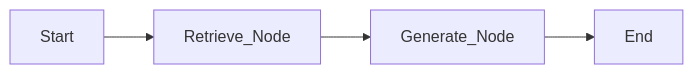
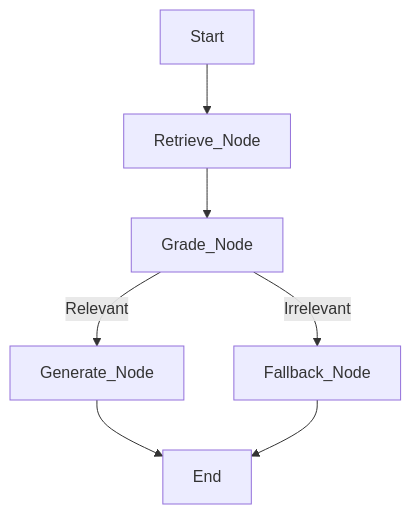
Before and after one commit to 3ismartyash/RAG-Playground: the diagram in langGraph/Readme.Md, drawn with Mermaid. The commit also changed other lines of this file and 2 other files, not shown here.

````diff
--- a/langGraph/Readme.Md
+++ b/langGraph/Readme.Md
@@ -42,6 +43,9 @@
 ```mermaid
-graph LR
+graph TD
     Start --> Retrieve_Node
-    Retrieve_Node --> Generate_Node
+    Retrieve_Node --> Grade_Node
+    Grade_Node -- "Relevant" --> Generate_Node
+    Grade_Node -- "Irrelevant" --> Fallback_Node
     Generate_Node --> End
+    Fallback_Node --> End
 ```
````
